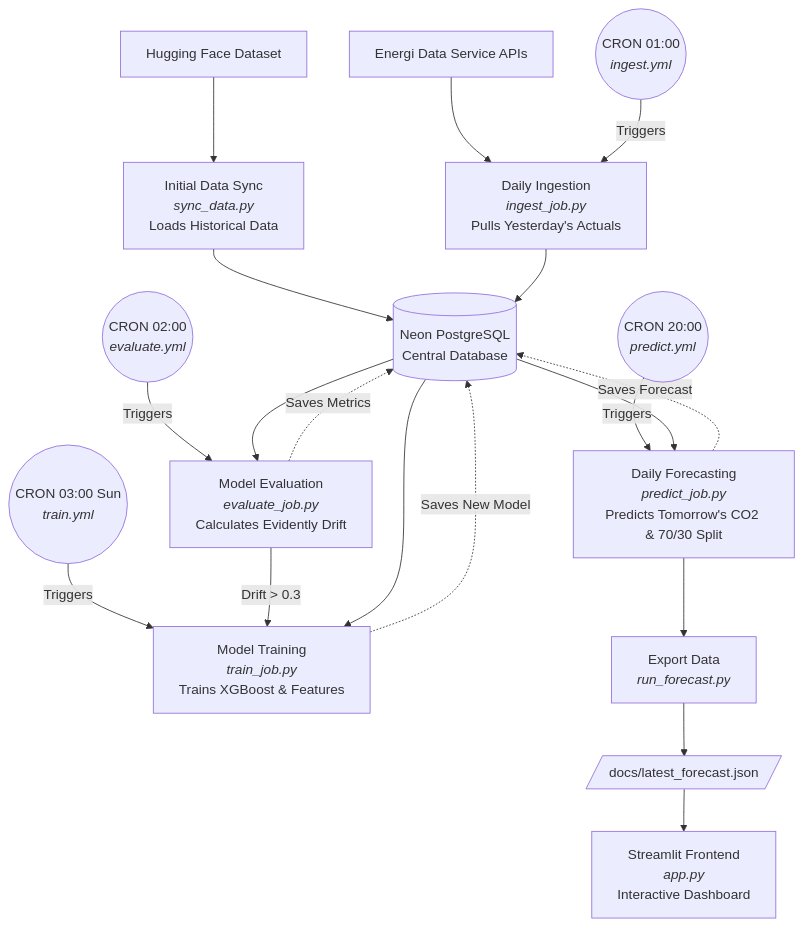
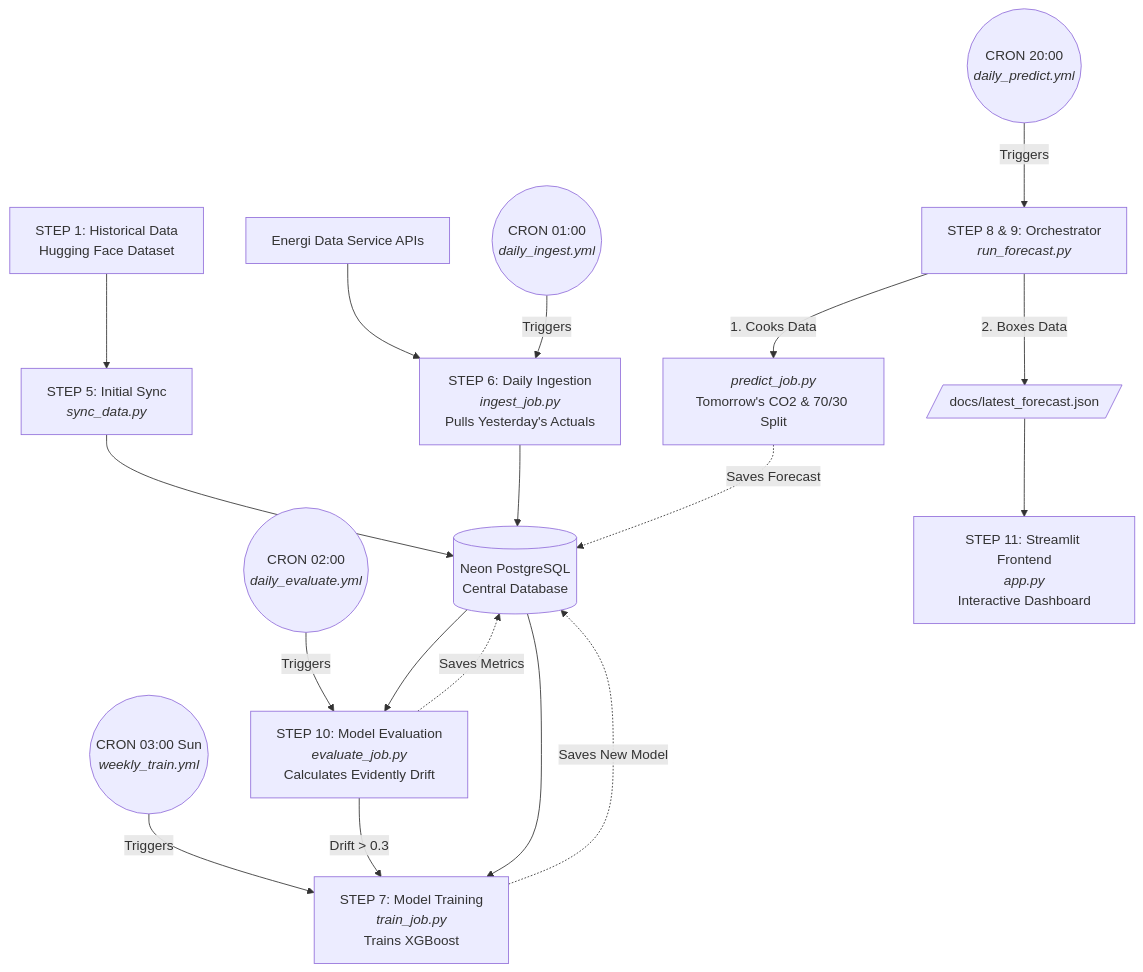
Before and after one commit to xprafulx/gridwise-guardian: the diagram in README.md, drawn with Mermaid.

Commit message:
Update flowchart in README with step details

````diff
--- a/README.md
+++ b/README.md
@@ -35,35 +35,32 @@
 ```mermaid
 flowchart TD
     %% External Data Sources
-    HF[Hugging Face Dataset] --> Sync
+    HF[STEP 1: Historical Data<br/>Hugging Face Dataset] --> Sync
     API[Energi Data Service APIs] --> Ingest
 
-    %% 0. Initial Setup (The Bootstrap)
-    Sync[Initial Data Sync<br/><i>sync_data.py</i><br/>Loads Historical Data] --> DB[(Neon PostgreSQL<br/>Central Database)]
+    %% Initial Setup
+    Sync[STEP 5: Initial Sync<br/><i>sync_data.py</i>] --> DB[(Neon PostgreSQL<br/>Central Database)]
 
     %% 1. Ingestion Job
-    CRON1((CRON 01:00<br/><i>ingest.yml</i>)) -->|Triggers| Ingest
-    Ingest[Daily Ingestion<br/><i>ingest_job.py</i><br/>Pulls Yesterday's Actuals] --> DB
+    CRON1((CRON 01:00<br/><i>daily_ingest.yml</i>)) -->|Triggers| Ingest
+    Ingest[STEP 6: Daily Ingestion<br/><i>ingest_job.py</i><br/>Pulls Yesterday's Actuals] --> DB
 
     %% 2. Evaluation Job
-    CRON2((CRON 02:00<br/><i>evaluate.yml</i>)) -->|Triggers| Eval
-    DB --> Eval[Model Evaluation<br/><i>evaluate_job.py</i><br/>Calculates Evidently Drift]
+    CRON2((CRON 02:00<br/><i>daily_evaluate.yml</i>)) -->|Triggers| Eval
+    DB --> Eval[STEP 10: Model Evaluation<br/><i>evaluate_job.py</i><br/>Calculates Evidently Drift]
     Eval -. Saves Metrics .-> DB
 
     %% 3. Training Job
-    CRON3((CRON 03:00 Sun<br/><i>train.yml</i>)) -->|Triggers| Train
+    CRON3((CRON 03:00 Sun<br/><i>weekly_train.yml</i>)) -->|Triggers| Train
     Eval -->|Drift > 0.3| Train
-    DB --> Train[Model Training<br/><i>train_job.py</i><br/>Trains XGBoost & Features]
+    DB --> Train[STEP 7: Model Training<br/><i>train_job.py</i><br/>Trains XGBoost]
     Train -. Saves New Model .-> DB
 
-    %% 4. Prediction Job
-    CRON4((CRON 20:00<br/><i>predict.yml</i>)) -->|Triggers| Predict
-    DB --> Predict[Daily Forecasting<br/><i>predict_job.py</i><br/>Predicts Tomorrow's CO2 & 70/30 Split]
-    Predict -. Saves Forecast .-> DB
-
-    %% Export and Frontend Delivery
-    Predict --> Export[Export Data<br/><i>run_forecast.py</i>]
-    Export --> JSON[/docs/latest_forecast.json/]
+    %% 4. Prediction Job & Export (The Orchestrator)
+    CRON4((CRON 20:00<br/><i>daily_predict.yml</i>)) -->|Triggers| RunForecast
+    RunForecast[STEP 8 & 9: Orchestrator<br/><i>run_forecast.py</i>] -->|1. Cooks Data| Predict
+    Predict[<i>predict_job.py</i><br/>Tomorrow's CO2 & 70/30 Split] -. Saves Forecast .-> DB
+    RunForecast -->|2. Boxes Data| JSON[/docs/latest_forecast.json/]
     
-    JSON --> UI[Streamlit Frontend<br/><i>app.py</i><br/>Interactive Dashboard]
+    JSON --> UI[STEP 11: Streamlit Frontend<br/><i>app.py</i><br/>Interactive Dashboard]
 ```
````
